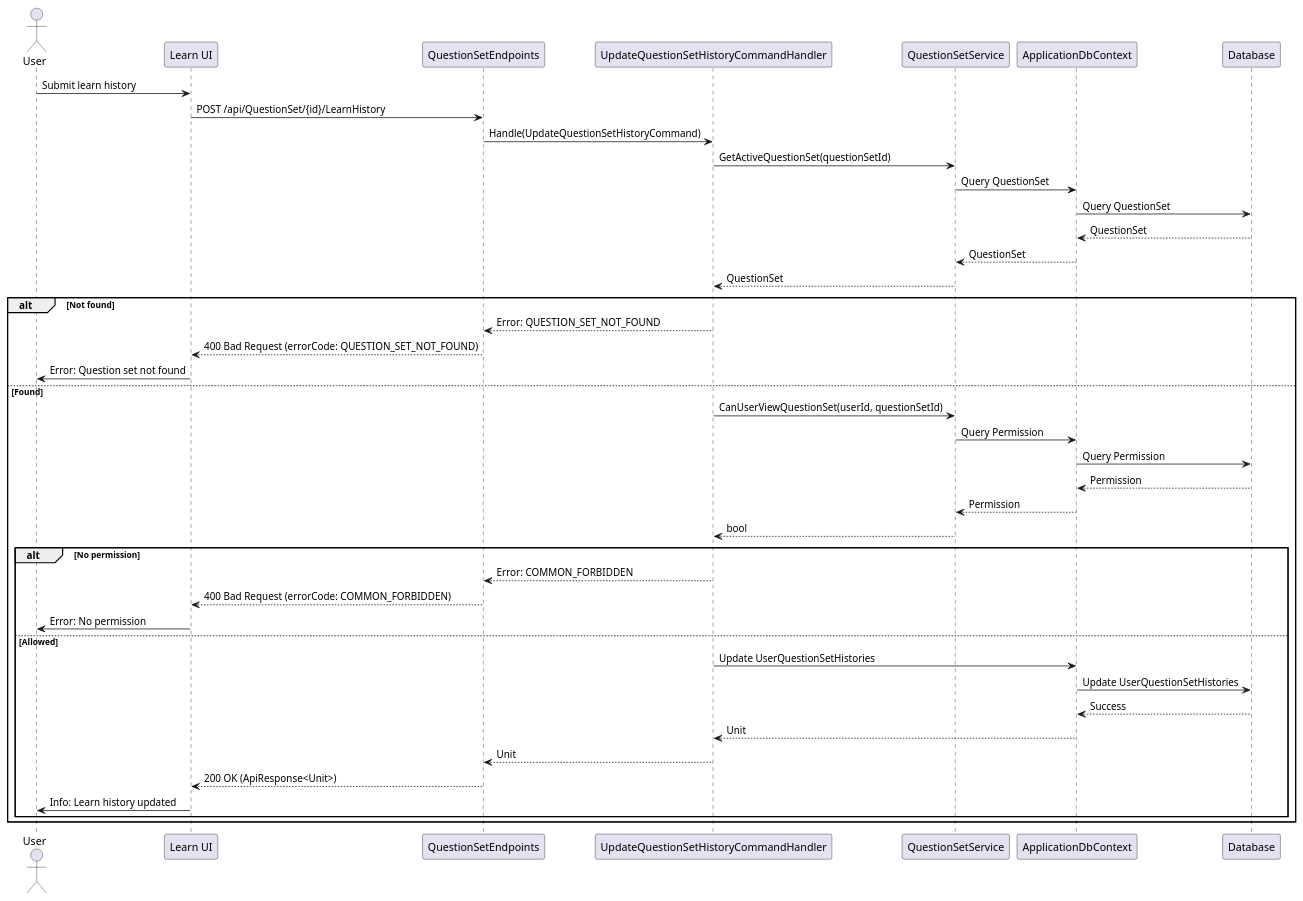
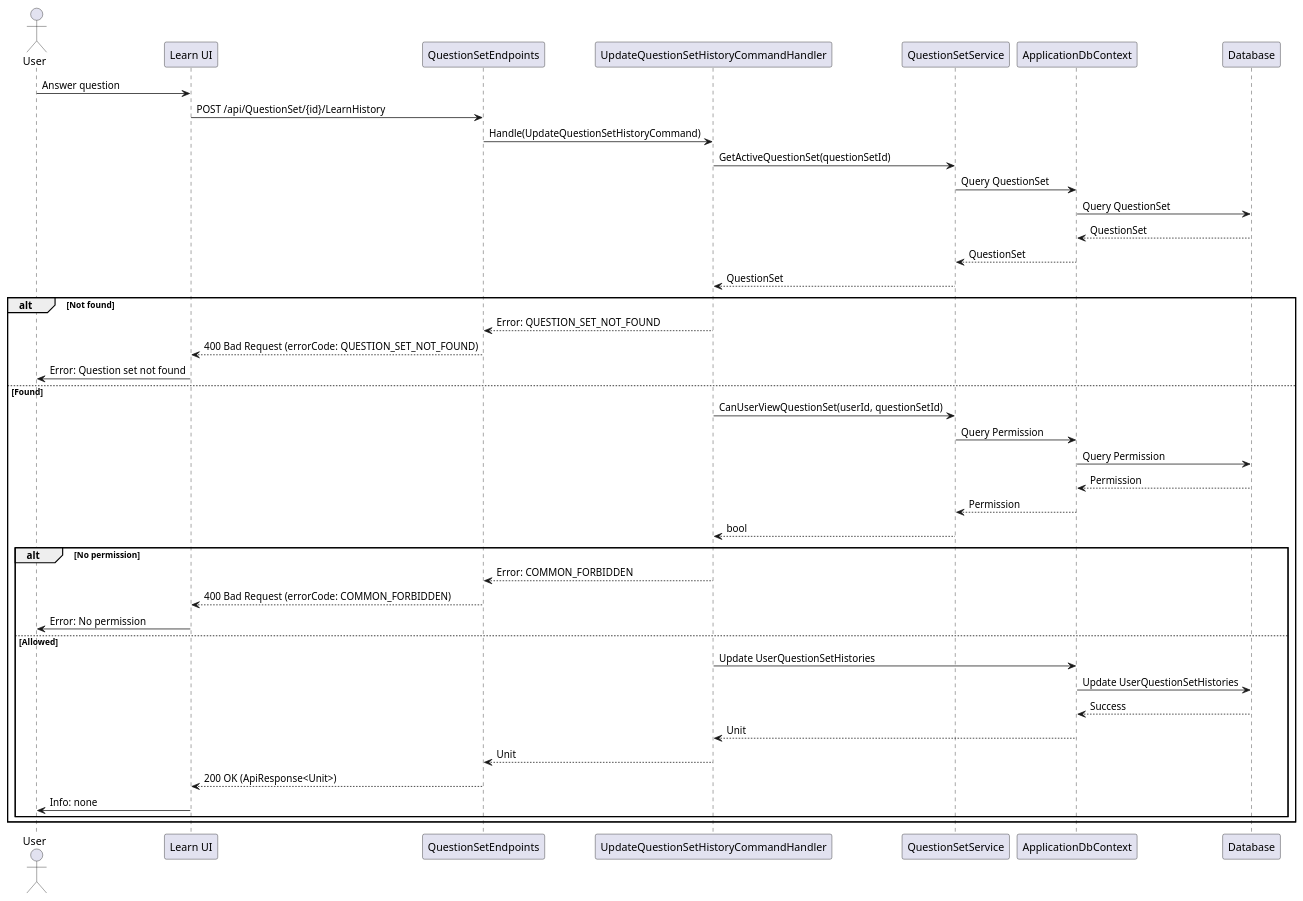
One commit to thanhkhac/AIQuizzizz-Backend changed the diagram in document/questionset/Sequence/UpdateQuestionSetHistoryCommand.puml. Above: the diagram before and after it, drawn with PlantUML. The commit also changed 22 other files, not shown here.

First line of the commit message:
Add class and question set sequence diagrams, update PlantUML docs

```diff
--- a/document/questionset/Sequence/UpdateQuestionSetHistoryCommand.puml
+++ b/document/questionset/Sequence/UpdateQuestionSetHistoryCommand.puml
@@ -1,44 +1,44 @@
 @startuml
 actor User
 participant "Learn UI" as UI
 participant QuestionSetEndpoints
 participant UpdateQuestionSetHistoryCommandHandler as Handler
 participant QuestionSetService
 participant ApplicationDbContext
 participant Database
 
-User -> UI : Submit learn history
+User -> UI : Answer question
 UI -> QuestionSetEndpoints : POST /api/QuestionSet/{id}/LearnHistory
 QuestionSetEndpoints -> Handler : Handle(UpdateQuestionSetHistoryCommand)
 Handler -> QuestionSetService : GetActiveQuestionSet(questionSetId)
 QuestionSetService -> ApplicationDbContext : Query QuestionSet
 ApplicationDbContext -> Database : Query QuestionSet
 Database --> ApplicationDbContext : QuestionSet
 ApplicationDbContext --> QuestionSetService : QuestionSet
 QuestionSetService --> Handler : QuestionSet
 alt Not found
     Handler --> QuestionSetEndpoints : Error: QUESTION_SET_NOT_FOUND
     QuestionSetEndpoints --> UI : 400 Bad Request (errorCode: QUESTION_SET_NOT_FOUND)
     UI -> User : Error: Question set not found
 else Found
     Handler -> QuestionSetService : CanUserViewQuestionSet(userId, questionSetId)
     QuestionSetService -> ApplicationDbContext : Query Permission
     ApplicationDbContext -> Database : Query Permission
     Database --> ApplicationDbContext : Permission
     ApplicationDbContext --> QuestionSetService : Permission
     QuestionSetService --> Handler : bool
     alt No permission
         Handler --> QuestionSetEndpoints : Error: COMMON_FORBIDDEN
         QuestionSetEndpoints --> UI : 400 Bad Request (errorCode: COMMON_FORBIDDEN)
         UI -> User : Error: No permission
     else Allowed
         Handler -> ApplicationDbContext : Update UserQuestionSetHistories
         ApplicationDbContext -> Database : Update UserQuestionSetHistories
         Database --> ApplicationDbContext : Success
         ApplicationDbContext --> Handler : Unit
         Handler --> QuestionSetEndpoints : Unit
         QuestionSetEndpoints --> UI : 200 OK (ApiResponse<Unit>)
-        UI -> User : Info: Learn history updated
+        UI -> User : Info: none
     end
 end
 @enduml 
```
